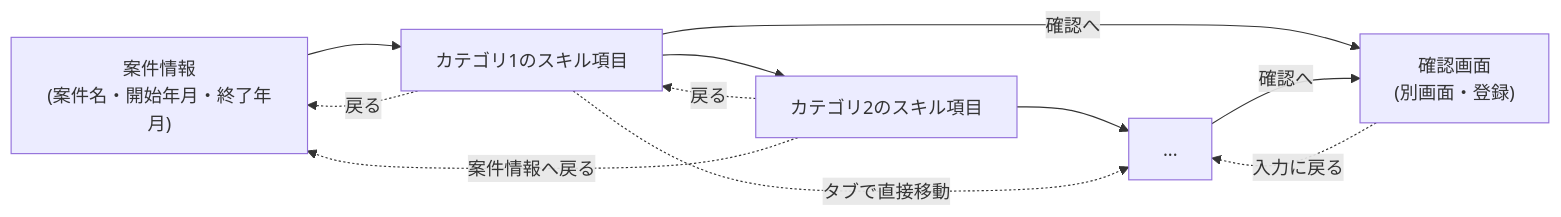
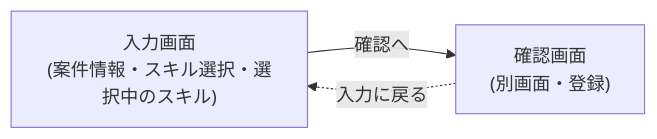
One commit to Seiya-Nakagawa/Portfolio changed the fourth of 5 diagrams in docs/02.design/DESIGN.md. Above: the diagram before and after it, drawn with Mermaid. The commit also changed other lines of this file and 4 other files, not shown here.

````diff
--- a/docs/02.design/DESIGN.md
+++ b/docs/02.design/DESIGN.md
@@ -335,13 +336,5 @@
 ```mermaid
 flowchart LR
-    Info["案件情報\n(案件名・開始年月・終了年月)"] --> Cat1["カテゴリ1のスキル項目"]
-    Cat1 --> Cat2["カテゴリ2のスキル項目"]
-    Cat2 --> CatN["..."]
-    Cat1 -->|確認へ| Confirm
-    CatN -->|確認へ| Confirm["確認画面\n(別画面・登録)"]
-    Cat1 -.戻る.-> Info
-    Cat2 -.戻る.-> Cat1
-    Cat2 -.案件情報へ戻る.-> Info
-    Confirm -.入力に戻る.-> CatN
-    Cat1 -.タブで直接移動.-> CatN
+    Input["入力画面<br/>(案件情報・スキル選択・選択中のスキル)"] -->|確認へ| Confirm["確認画面<br/>(別画面・登録)"]
+    Confirm -.入力に戻る.-> Input
 ```
````
